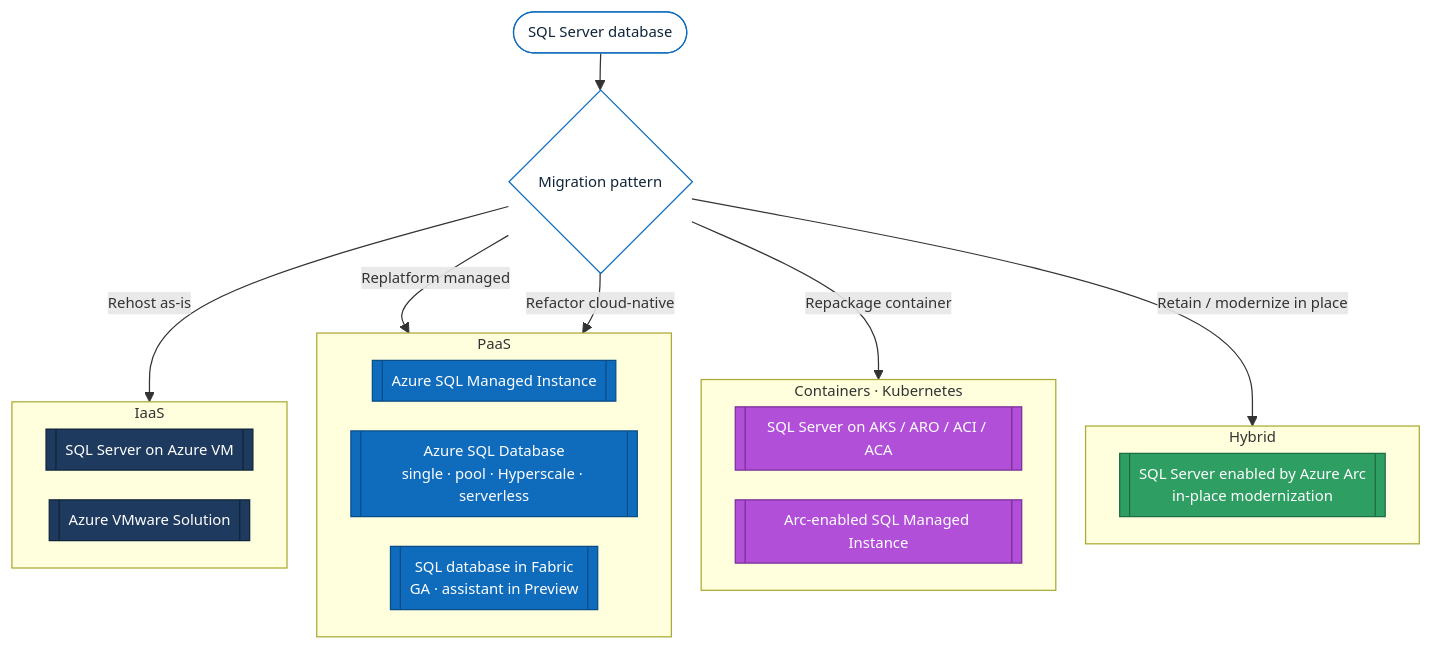
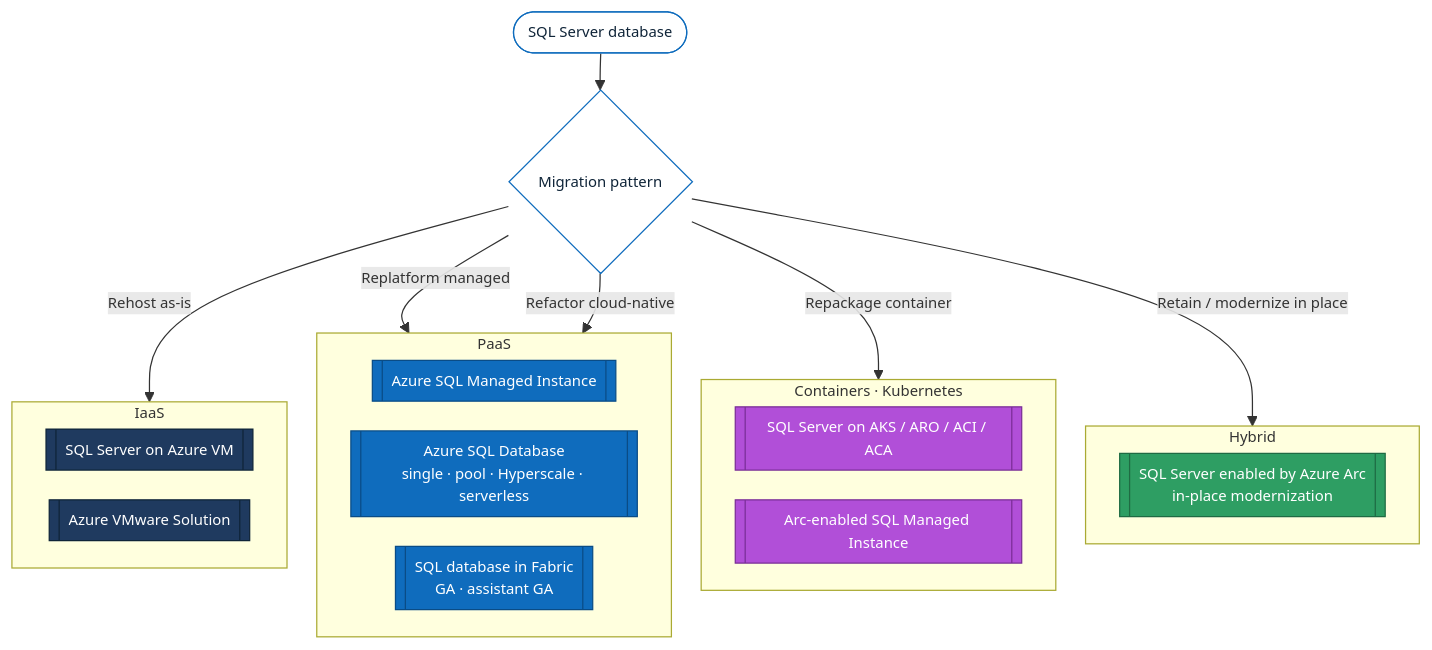
One commit to microsoft/microsoft-sql changed the second of 3 diagrams in plugins/microsoft-sql-migration/skills/recommend-migration-path/references/knowledge-base.md. Above: the diagram before and after it, drawn with Mermaid. The commit also changed other lines of this file and 10 other files, not shown here.

First line of the commit message:
Items 1 and 16: Fabric Migration Assistant GA; BACPAC import into an empty Fabric database

````diff
--- a/plugins/microsoft-sql-migration/skills/recommend-migration-path/references/knowledge-base.md
+++ b/plugins/microsoft-sql-migration/skills/recommend-migration-path/references/knowledge-base.md
@@ -104,38 +104,38 @@
 ```mermaid
 %%{init: {'flowchart': {'nodeSpacing': 24, 'rankSpacing': 30}, 'themeVariables': {'fontSize': '12px'}}}%%
 flowchart TD
     A([SQL Server database]) --> P{Migration pattern}
     P -->|Rehost as-is| IAAS
     P -->|Replatform managed| PAAS
     P -->|Refactor cloud-native| PAAS
     P -->|Repackage container| CON
     P -->|Retain / modernize in place| HYB
 
     subgraph IAAS["IaaS"]
         VM[[SQL Server on Azure VM]]
         AVS[[Azure VMware Solution]]
     end
     subgraph PAAS["PaaS"]
         MI[[Azure SQL Managed Instance]]
         DB[[Azure SQL Database<br/>single · pool · Hyperscale · serverless]]
-        FAB[[SQL database in Fabric<br/>GA · assistant in Preview]]
+        FAB[[SQL database in Fabric<br/>GA · assistant GA]]
     end
     subgraph CON["Containers · Kubernetes"]
         K8S[[SQL Server on AKS / ARO / ACI / ACA]]
         ARCMI[[Arc-enabled SQL Managed Instance]]
     end
     subgraph HYB["Hybrid"]
         ARCSRV[[SQL Server enabled by Azure Arc<br/>in-place modernization]]
     end
 
     classDef iaas fill:#1F3A5F,stroke:#0F2438,color:#fff;
     classDef paas fill:#0F6CBD,stroke:#0A4C86,color:#fff;
     classDef con fill:#B14FD8,stroke:#7A2E97,color:#fff;
     classDef hyb fill:#2E9E63,stroke:#1F6B43,color:#fff;
     classDef s fill:#fff,stroke:#0F6CBD,color:#0F2438;
     class A,P s;
     class VM,AVS iaas;
     class MI,DB,FAB paas;
     class K8S,ARCMI con;
     class ARCSRV hyb;
 ```
````
